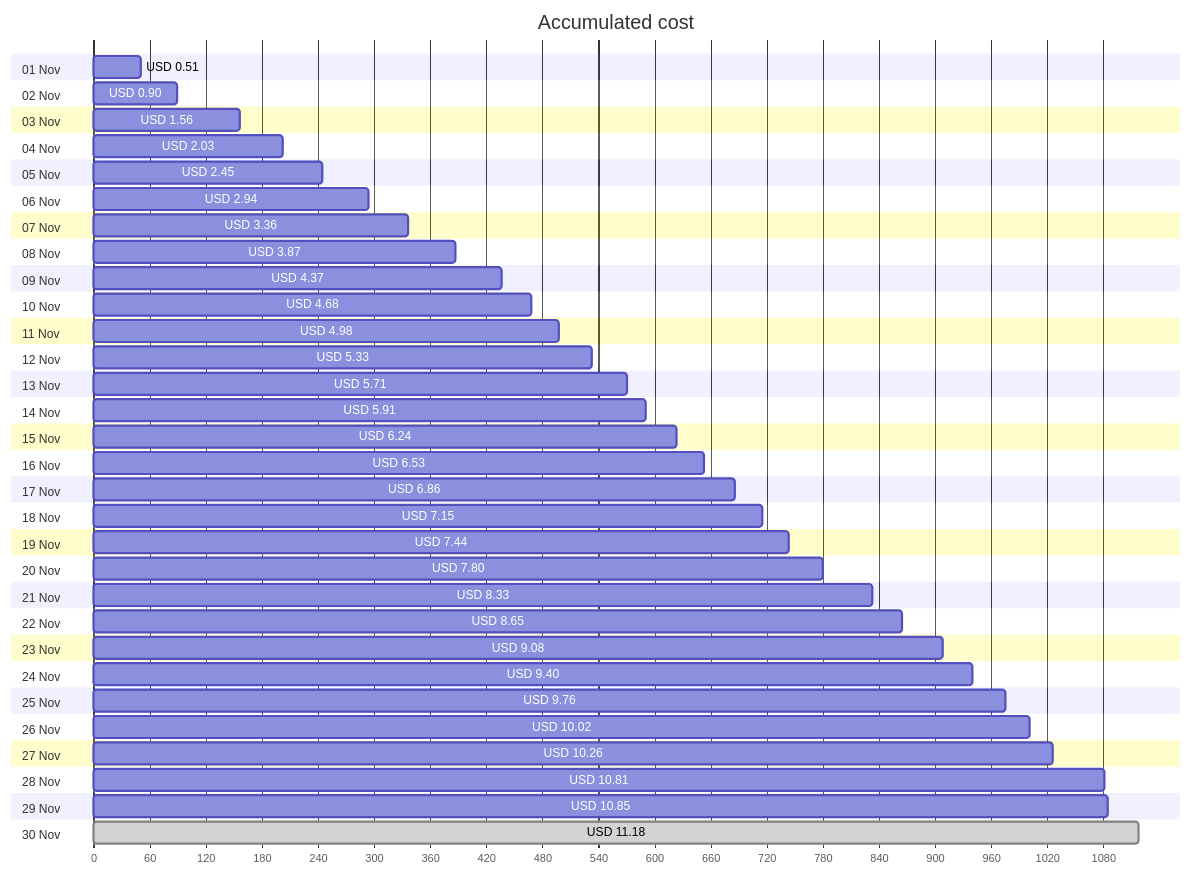
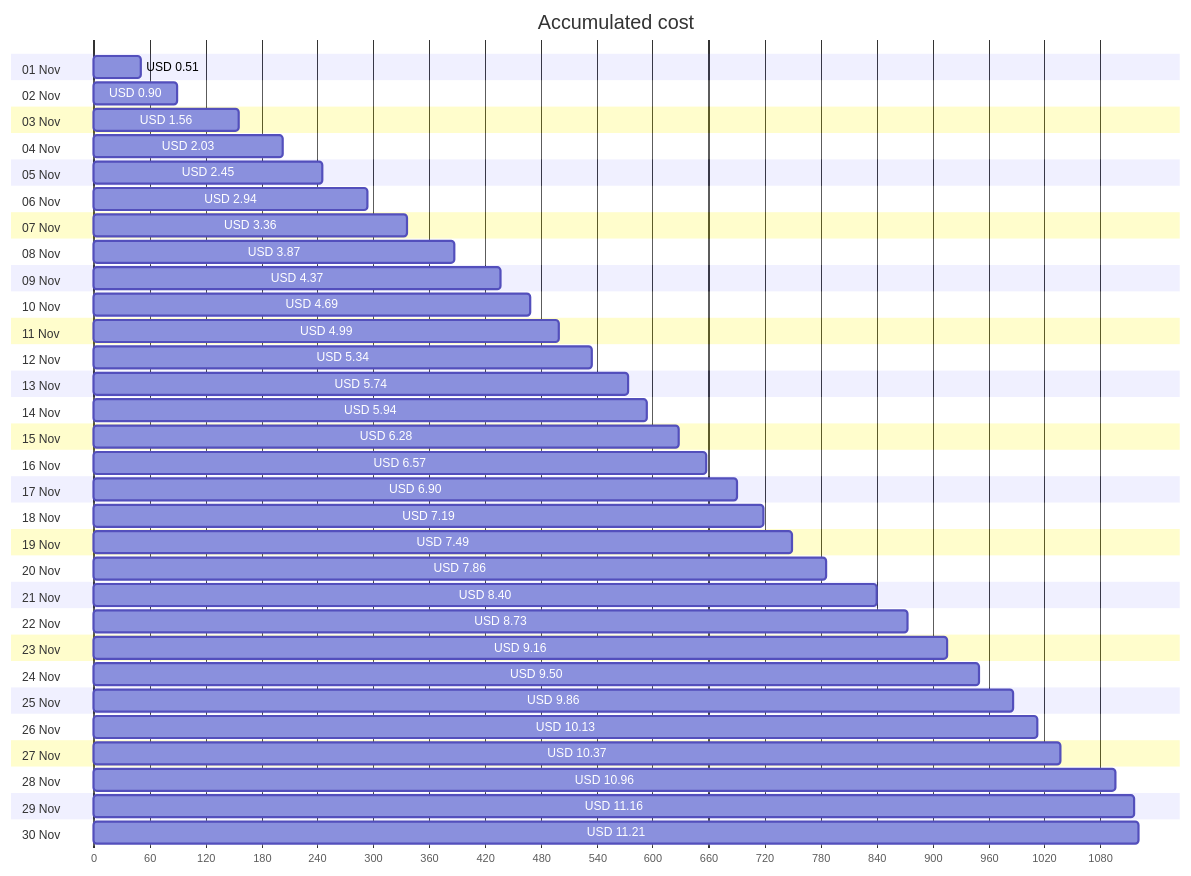
The first of 4 diagrams in cost-reports/personal-network/vpn-server.md (jpfulton/azure-personal-reports), drawn with Mermaid before and after one commit. The commit also changed other lines of this file and 8 other files, not shown here.

````diff
--- a/cost-reports/personal-network/vpn-server.md
+++ b/cost-reports/personal-network/vpn-server.md
@@ -20,66 +20,66 @@
 ```mermaid
 gantt
    title Accumulated cost
    dateFormat  X
    axisFormat %s
    section 01 Nov
    USD 0.51 :0, 51
    section 02 Nov
    USD 0.90 :0, 90
    section 03 Nov
    USD 1.56 :0, 156
    section 04 Nov
    USD 2.03 :0, 203
    section 05 Nov
    USD 2.45 :0, 245
    section 06 Nov
    USD 2.94 :0, 294
    section 07 Nov
    USD 3.36 :0, 336
    section 08 Nov
    USD 3.87 :0, 387
    section 09 Nov
    USD 4.37 :0, 437
    section 10 Nov
-   USD 4.68 :0, 468
+   USD 4.69 :0, 469
    section 11 Nov
-   USD 4.98 :0, 498
+   USD 4.99 :0, 499
    section 12 Nov
-   USD 5.33 :0, 533
+   USD 5.34 :0, 534
    section 13 Nov
-   USD 5.71 :0, 571
+   USD 5.74 :0, 574
    section 14 Nov
-   USD 5.91 :0, 591
+   USD 5.94 :0, 594
    section 15 Nov
-   USD 6.24 :0, 624
+   USD 6.28 :0, 628
    section 16 Nov
-   USD 6.53 :0, 653
+   USD 6.57 :0, 657
    section 17 Nov
-   USD 6.86 :0, 686
+   USD 6.90 :0, 690
    section 18 Nov
-   USD 7.15 :0, 715
+   USD 7.19 :0, 719
    section 19 Nov
-   USD 7.44 :0, 744
+   USD 7.49 :0, 749
    section 20 Nov
-   USD 7.80 :0, 780
+   USD 7.86 :0, 786
    section 21 Nov
-   USD 8.33 :0, 833
+   USD 8.40 :0, 840
    section 22 Nov
-   USD 8.65 :0, 865
+   USD 8.73 :0, 873
    section 23 Nov
-   USD 9.08 :0, 908
+   USD 9.16 :0, 916
    section 24 Nov
-   USD 9.40 :0, 940
+   USD 9.50 :0, 950
    section 25 Nov
-   USD 9.76 :0, 976
+   USD 9.86 :0, 986
    section 26 Nov
-   USD 10.02 :0, 1002
+   USD 10.13 :0, 1013
    section 27 Nov
-   USD 10.26 :0, 1026
+   USD 10.37 :0, 1037
    section 28 Nov
-   USD 10.81 :0, 1081
+   USD 10.96 :0, 1096
    section 29 Nov
-   USD 10.85 :0, 1085
+   USD 11.16 :0, 1116
    section 30 Nov
-   USD 11.18 : done, 0, 1118
+   USD 11.21 :0, 1121
 ```
````
